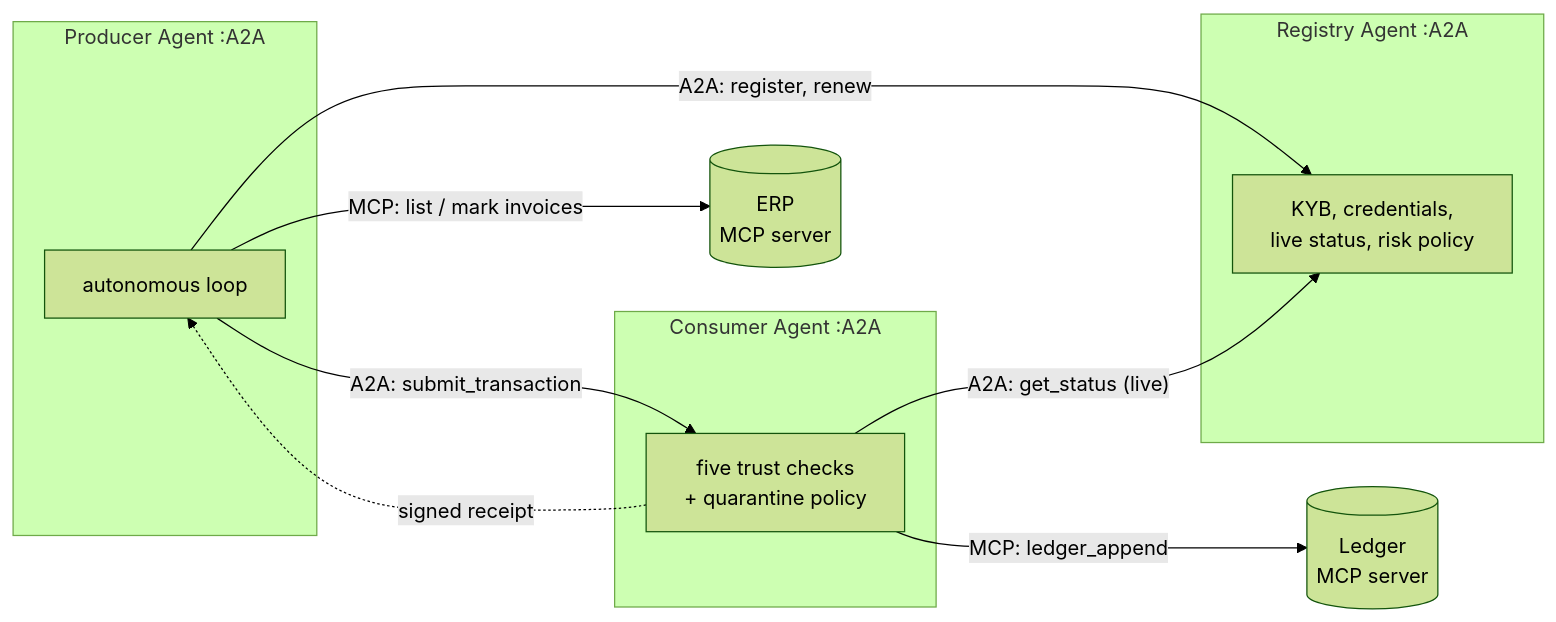
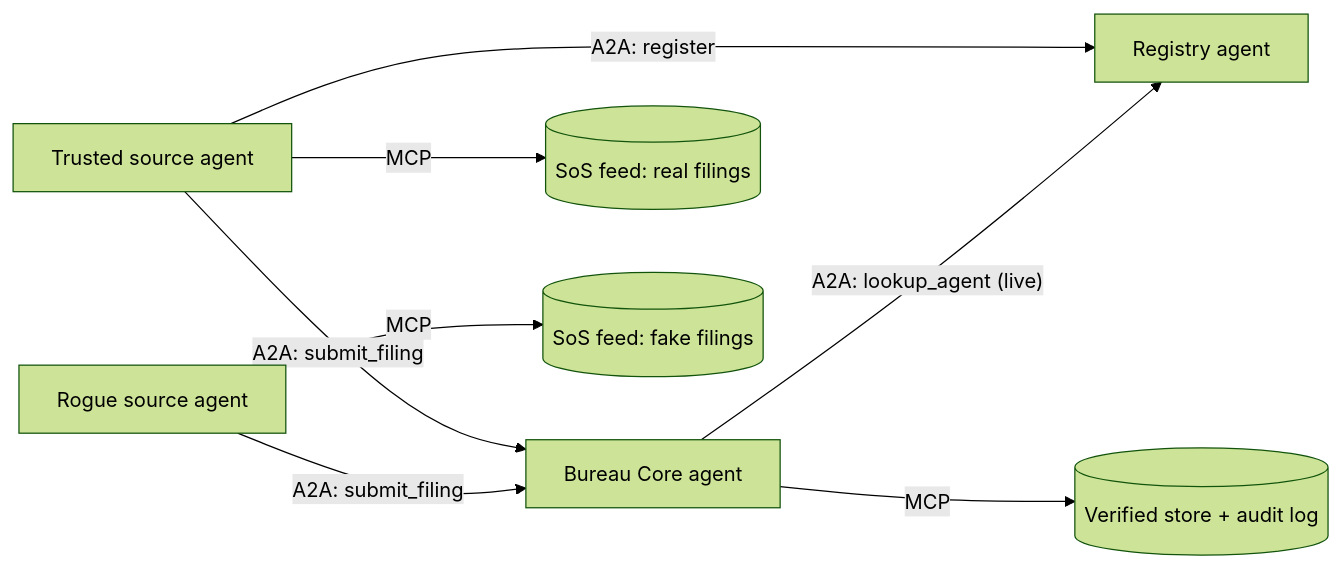
The second of 2 diagrams in README.md (maneesh-raswan/agent-trust-handshake), drawn with Mermaid (forest theme) before and after one commit. The commit also changed other lines of this file and 27 other files, not shown here.

First line of the commit message:
Align project with the Trust-Verified Bureau Data Ingestion blueprint

````diff
--- a/README.md
+++ b/README.md
@@ -55,21 +82,10 @@
 ```mermaid
 flowchart LR
-    subgraph P[Producer Agent :A2A]
-        PA[autonomous loop]
-    end
-    subgraph C[Consumer Agent :A2A]
-        CA[five trust checks<br/>+ quarantine policy]
-    end
-    subgraph R[Registry Agent :A2A]
-        RA[KYB, credentials,<br/>live status, risk policy]
-    end
-    ERP[(ERP<br/>MCP server)]
-    LED[(Ledger<br/>MCP server)]
-
-    PA -- "MCP: list / mark invoices" --> ERP
-    PA -- "A2A: register, renew" --> RA
-    PA -- "A2A: submit_transaction" --> CA
-    CA -- "A2A: get_status (live)" --> RA
-    CA -- "MCP: ledger_append" --> LED
-    CA -. "signed receipt" .-> PA
+    T[Trusted source agent] -- "A2A: register" --> R[Registry agent]
+    T -- "A2A: submit_filing" --> B[Bureau Core agent]
+    X[Rogue source agent] -- "A2A: submit_filing" --> B
+    B -- "A2A: lookup_agent (live)" --> R
+    T -- "MCP" --> F1[(SoS feed: real filings)]
+    X -- "MCP" --> F2[(SoS feed: fake filings)]
+    B -- "MCP" --> S[(Verified store + audit log)]
 ```
````
